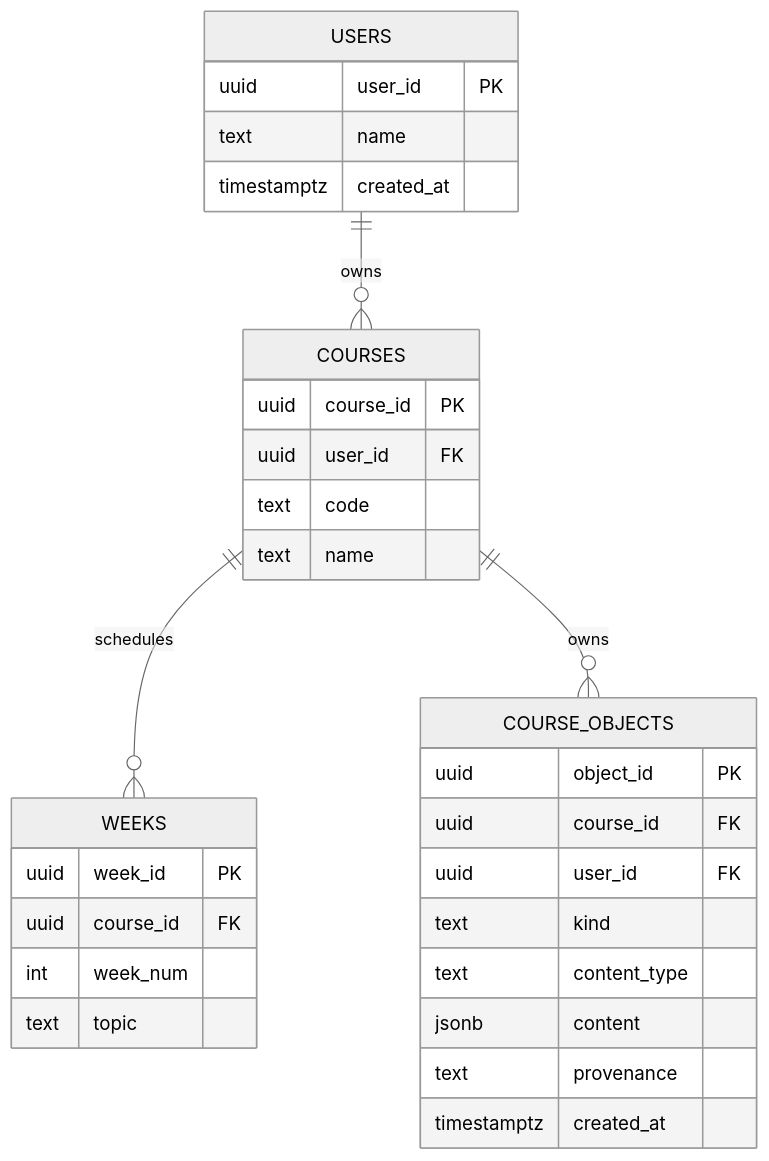
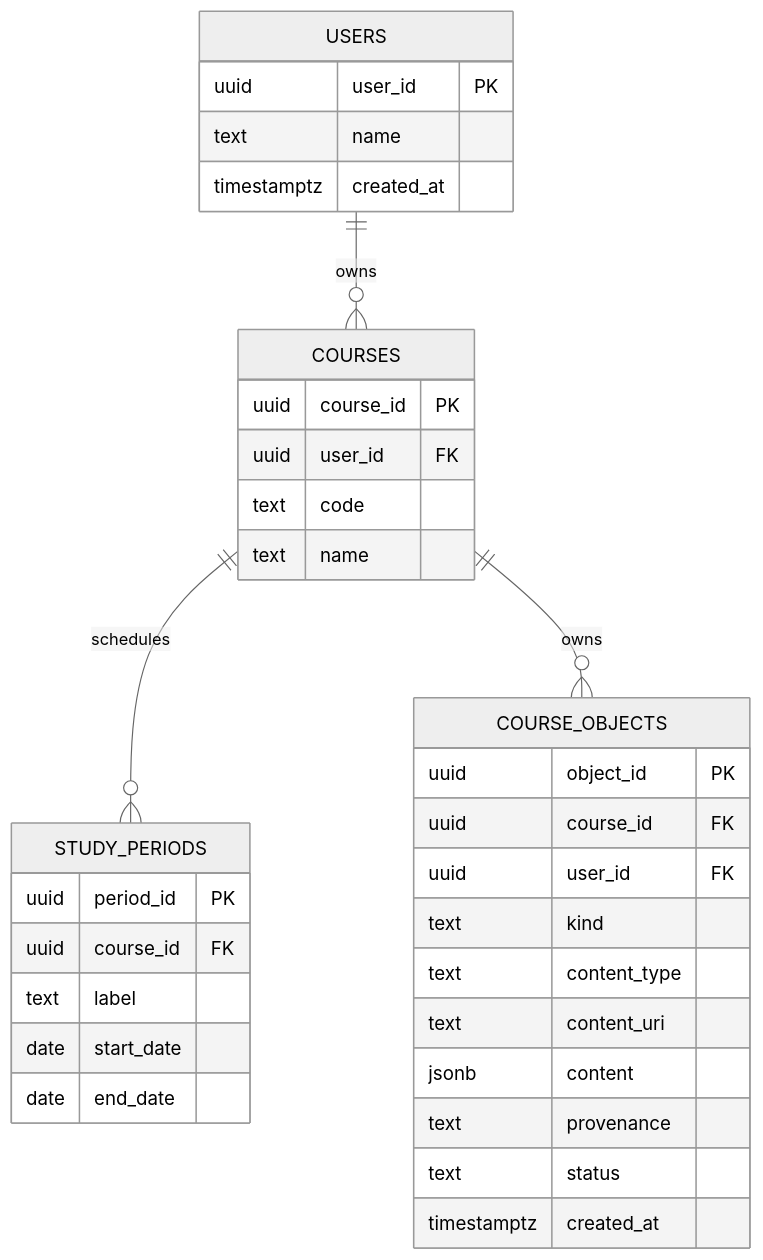
The eighth of 18 diagrams in system.md (RileyK05/Stacks), drawn with Mermaid (neutral theme) before and after one commit. The commit also changed other lines of this file and 13 other files, not shown here.

Commit message:
schema additions

````diff
--- a/system.md
+++ b/system.md
@@ -207,34 +209,37 @@
 ```mermaid
 erDiagram
     USERS ||--o{ COURSES : owns
-    COURSES ||--o{ WEEKS : schedules
+    COURSES ||--o{ STUDY_PERIODS : schedules
     COURSES ||--o{ COURSE_OBJECTS : owns
 
     USERS {
         uuid user_id PK
         text name
         timestamptz created_at
     }
     COURSES {
         uuid course_id PK
         uuid user_id FK
         text code
         text name
     }
-    WEEKS {
-        uuid week_id PK
+    STUDY_PERIODS {
+        uuid period_id PK
         uuid course_id FK
-        int week_num
-        text topic
+        text label
+        date start_date
+        date end_date
     }
     COURSE_OBJECTS {
         uuid object_id PK
         uuid course_id FK
         uuid user_id FK
         text kind
         text content_type
+        text content_uri
         jsonb content
         text provenance
+        text status
         timestamptz created_at
     }
 ```
````
